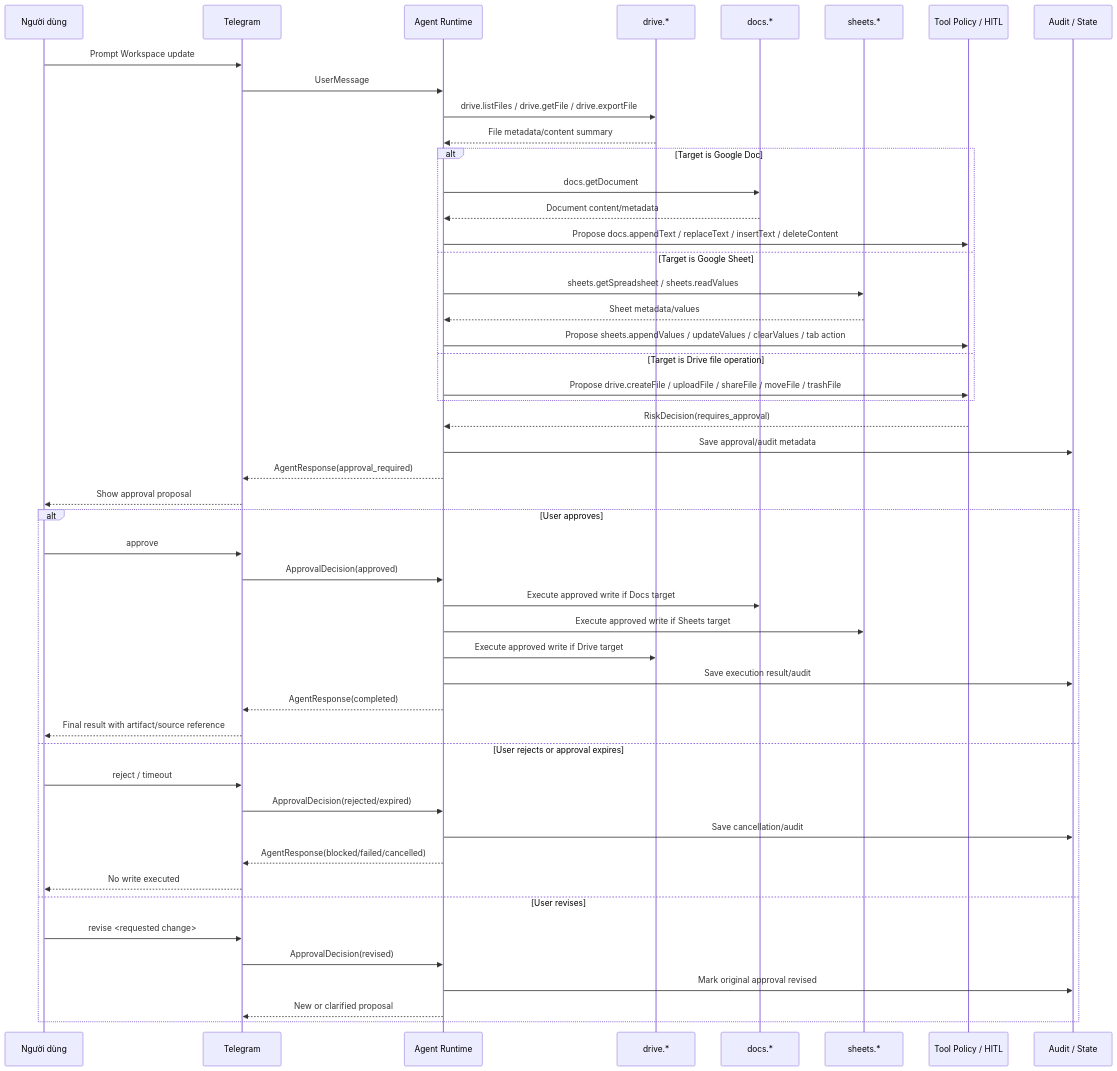
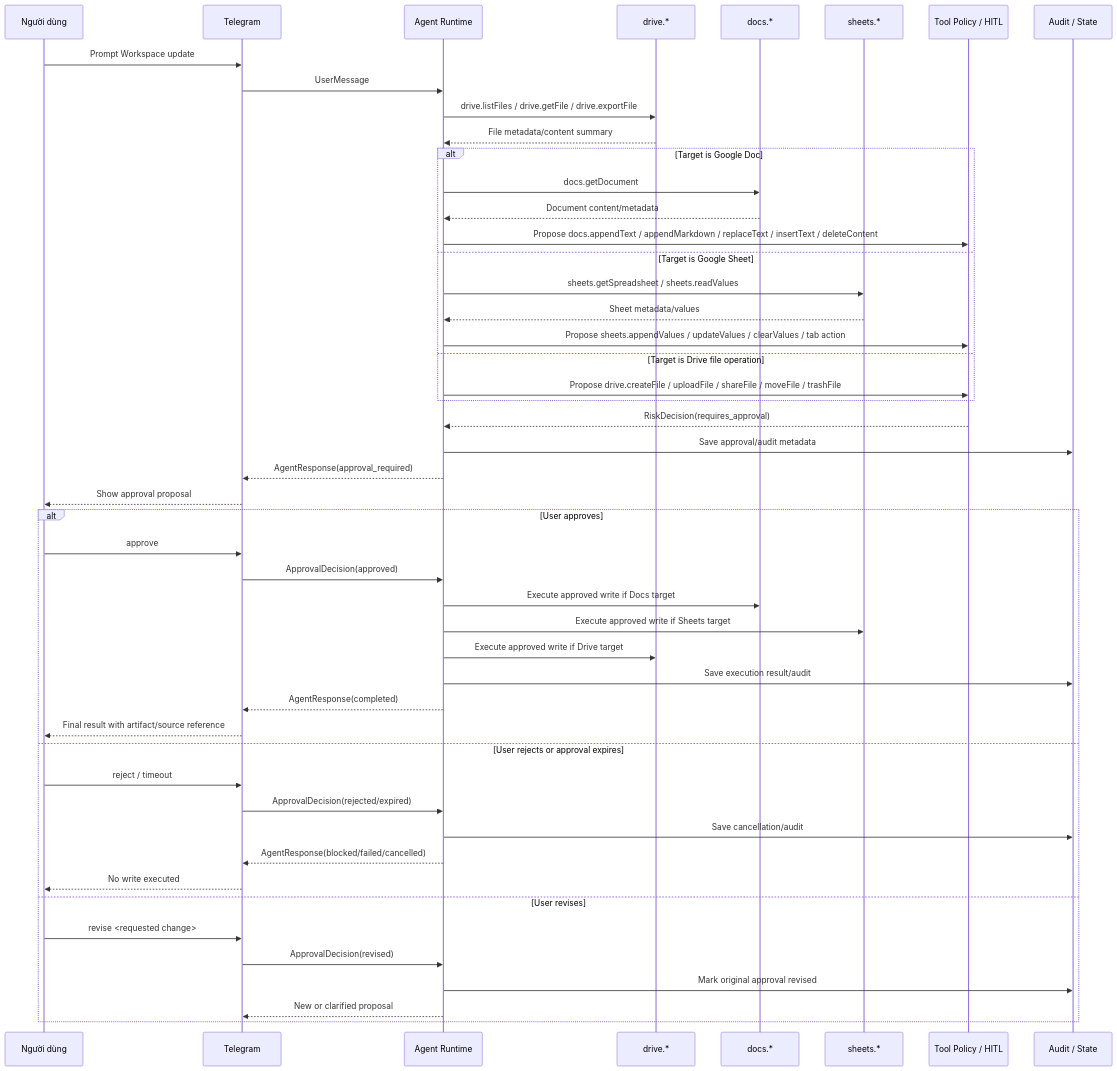
The diagram in docs/scenarios/05-drive-docs-sheets-hitl.md (AI26-V-Claw/V-Claw), drawn with Mermaid before and after one commit. The commit also changed other lines of this file and 26 other files, not shown here.

Commit message:
feat: add structured PDF extraction and Markdown append for Google Docs

````diff
--- a/docs/scenarios/05-drive-docs-sheets-hitl.md
+++ b/docs/scenarios/05-drive-docs-sheets-hitl.md
@@ -19,55 +19,55 @@
 ```mermaid
 sequenceDiagram
     participant User as Người dùng
     participant TG as Telegram
     participant Agent as Agent Runtime
     participant Drive as drive.*
     participant Docs as docs.*
     participant Sheets as sheets.*
     participant Policy as Tool Policy / HITL
     participant Store as Audit / State
 
     User->>TG: Prompt Workspace update
     TG->>Agent: UserMessage
     Agent->>Drive: drive.listFiles / drive.getFile / drive.exportFile
     Drive-->>Agent: File metadata/content summary
 
     alt Target is Google Doc
         Agent->>Docs: docs.getDocument
         Docs-->>Agent: Document content/metadata
-        Agent->>Policy: Propose docs.appendText / replaceText / insertText / deleteContent
+        Agent->>Policy: Propose docs.appendText / appendMarkdown / replaceText / insertText / deleteContent
     else Target is Google Sheet
         Agent->>Sheets: sheets.getSpreadsheet / sheets.readValues
         Sheets-->>Agent: Sheet metadata/values
         Agent->>Policy: Propose sheets.appendValues / updateValues / clearValues / tab action
     else Target is Drive file operation
         Agent->>Policy: Propose drive.createFile / uploadFile / shareFile / moveFile / trashFile
     end
 
     Policy-->>Agent: RiskDecision(requires_approval)
     Agent->>Store: Save approval/audit metadata
     Agent-->>TG: AgentResponse(approval_required)
     TG-->>User: Show approval proposal
 
     alt User approves
         User->>TG: approve
         TG->>Agent: ApprovalDecision(approved)
         Agent->>Docs: Execute approved write if Docs target
         Agent->>Sheets: Execute approved write if Sheets target
         Agent->>Drive: Execute approved write if Drive target
         Agent->>Store: Save execution result/audit
         Agent-->>TG: AgentResponse(completed)
         TG-->>User: Final result with artifact/source reference
     else User rejects or approval expires
         User->>TG: reject / timeout
         TG->>Agent: ApprovalDecision(rejected/expired)
         Agent->>Store: Save cancellation/audit
         Agent-->>TG: AgentResponse(blocked/failed/cancelled)
         TG-->>User: No write executed
     else User revises
         User->>TG: revise <requested change>
         TG->>Agent: ApprovalDecision(revised)
         Agent->>Store: Mark original approval revised
         Agent-->>TG: New or clarified proposal
     end
 ```
````
